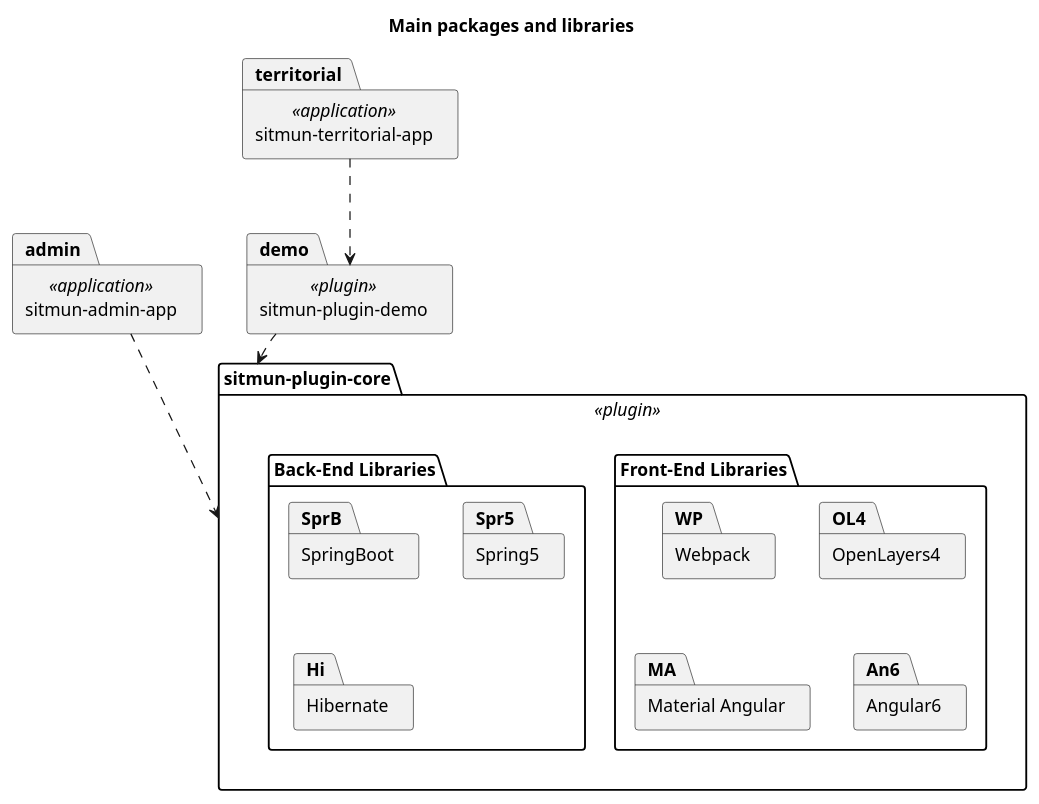
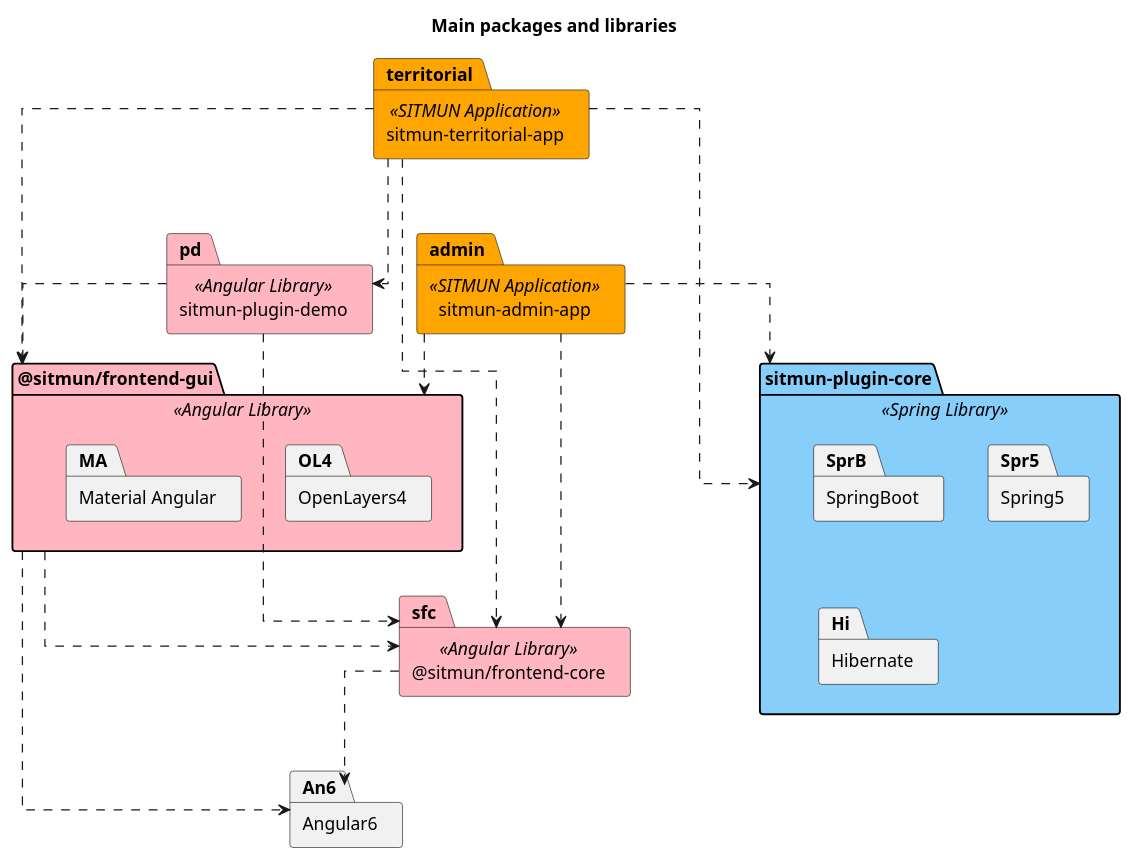
Before and after one commit to sitmun/community: the diagram in doc/main-packages-and-libraries.puml, drawn with PlantUML.

Commit message:
Updated packages diagram

```diff
--- a/doc/main-packages-and-libraries.puml
+++ b/doc/main-packages-and-libraries.puml
@@ -1,37 +1,50 @@
 @startuml
 
 skinparam componentStyle uml2
+skinparam linetype ortho
 
 title Main packages and libraries
 
-package "sitmun-admin-app" as admin <<application>> {
+package "sitmun-admin-app" as admin <<SITMUN Application>> #Orange
+
+package "sitmun-territorial-app" as territorial <<SITMUN Application>> #Orange
+
+package "sitmun-plugin-demo" <<Angular Library>> as pd #LightPink
+
+package "@sitmun/frontend-gui" as sfg <<Angular Library>> #LightPink {
+    package "OpenLayers4" as OL4
+    package "Material Angular" as MA
 }
 
-package "sitmun-territorial-app" as territorial <<application>> {
-}
+package "@sitmun/frontend-core" <<Angular Library>> as sfc #LightPink
 
 
-package "sitmun-plugin-demo" as demo <<plugin>> {
+package "Angular6" as An6
 
-}
 
-package "sitmun-plugin-core" as core <<plugin>> {
-    package "Front-End Libraries" {
-        package "Webpack" as WP
-        package "OpenLayers4" as OL4
-        package "Material Angular" as MA
-        package "Angular6" as An6
-    }
-    package "Back-End Libraries" {
-        package "SpringBoot" as SprB
-        package "Spring5" as Spr5
-        package "Hibernate" as Hi
-    }
+package "sitmun-plugin-core" as core <<Spring Library>> #LightSkyBlue {
+    package "SpringBoot" as SprB
+    package "Spring5" as Spr5
+    package "Hibernate" as Hi
 } 
 
 
+territorial ..> pd
+territorial ..> sfg
+territorial ..> sfc
+territorial ..> core
+
+
+admin ..> sfg
+admin ..> sfc
 admin ..> core
-territorial ..> demo
-demo ..> core
+
+pd ..> sfg
+pd ..> sfc
+
+sfg ..> An6
+sfc ..> An6
+
+sfg ..> sfc
 
 @enduml
```
